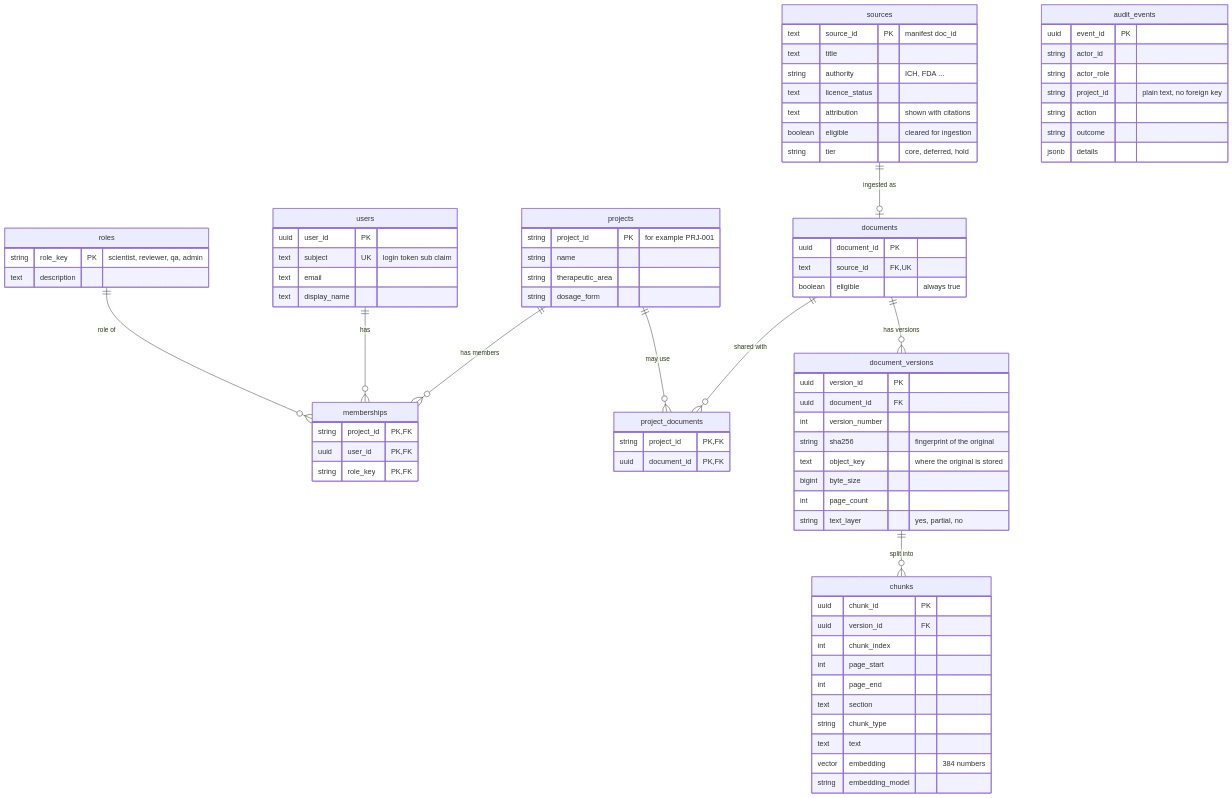
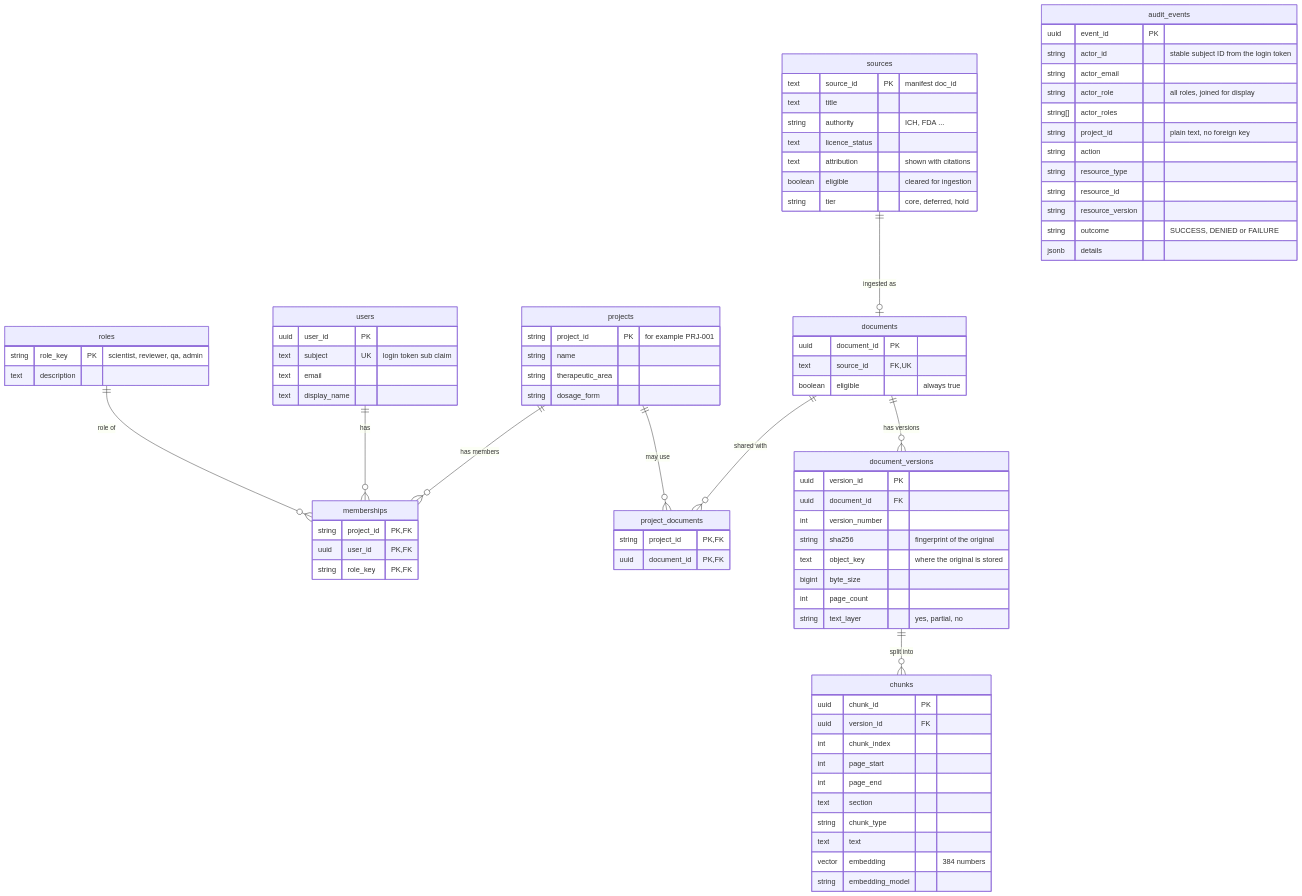
The diagram in docs/architecture/erd.md (WCTHLS/Phi-agents), drawn with Mermaid before and after one commit. The commit also changed other lines of this file and 22 other files, not shown here.

````diff
--- a/docs/architecture/erd.md
+++ b/docs/architecture/erd.md
@@ -78,11 +78,16 @@
     }
     audit_events {
         uuid event_id PK
-        string actor_id
-        string actor_role
+        string actor_id "stable subject ID from the login token"
+        string actor_email
+        string actor_role "all roles, joined for display"
+        string[] actor_roles
         string project_id "plain text, no foreign key"
         string action
-        string outcome
+        string resource_type
+        string resource_id
+        string resource_version
+        string outcome "SUCCESS, DENIED or FAILURE"
         jsonb details
     }
 ```
````
